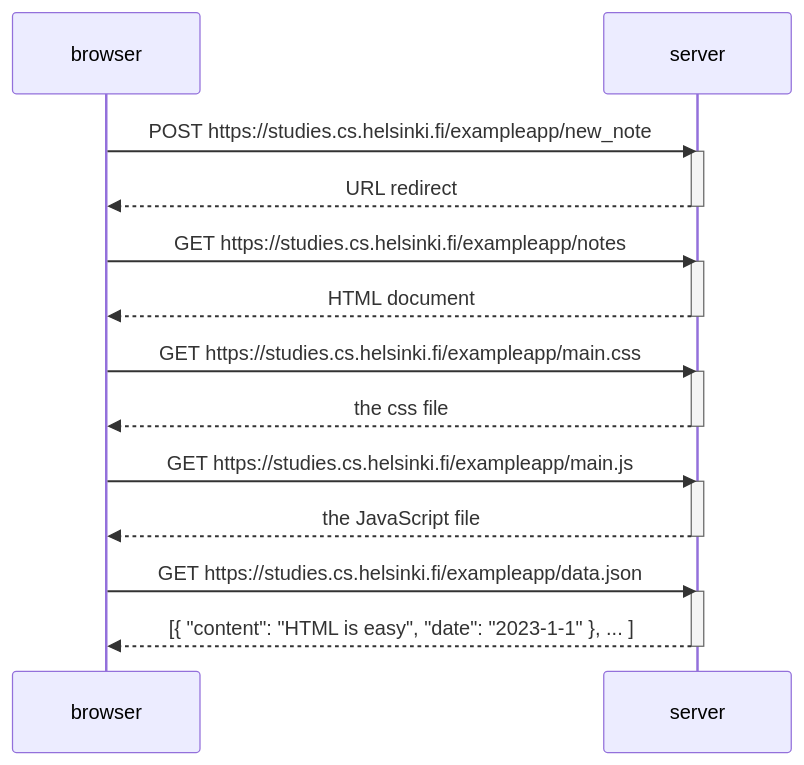
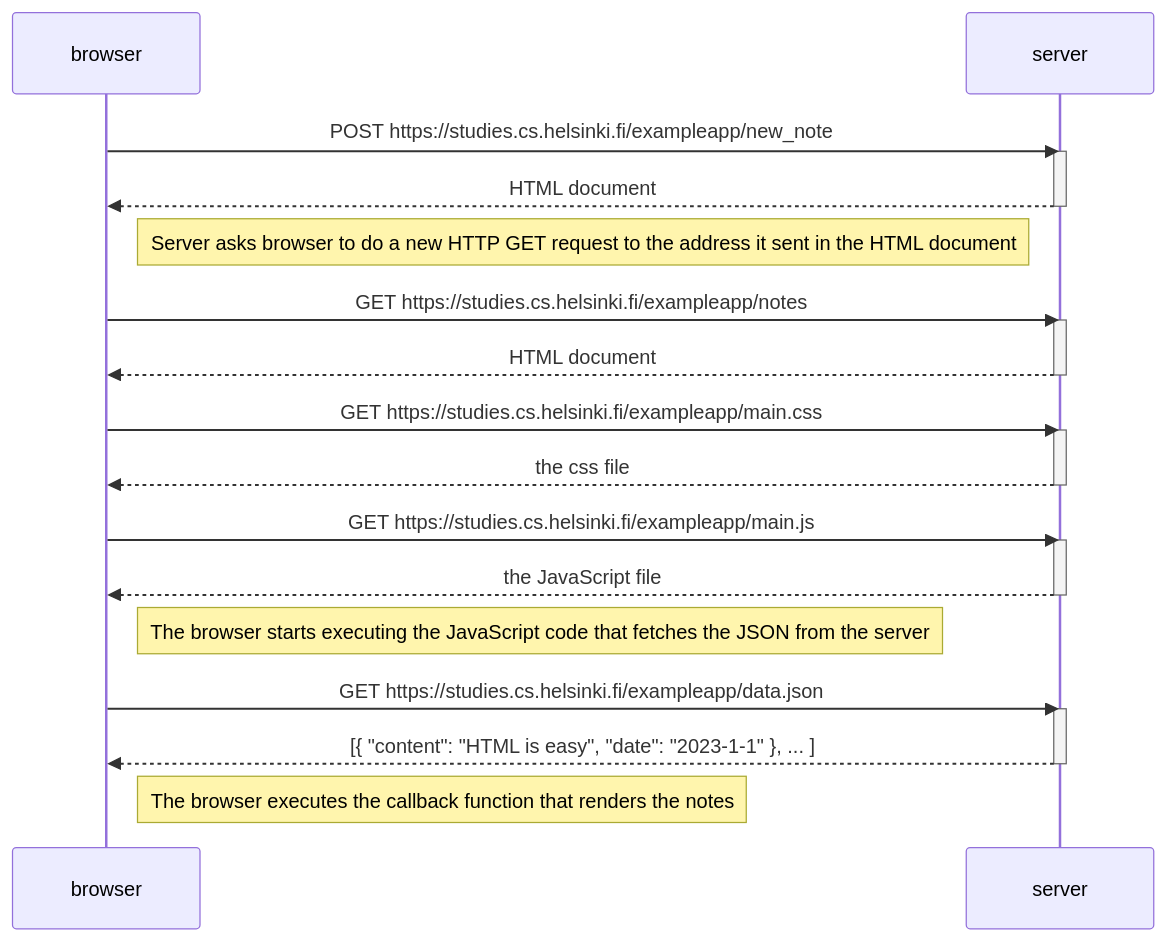
One commit to Jason8924/fullstackopen changed the diagram in part0/0.4: New note diagram.md. Above: the diagram before and after it, drawn with Mermaid.

Commit message:
Added notes

````diff
--- a/part0/0.4: New note diagram.md
+++ b/part0/0.4: New note diagram.md
@@ -1,30 +1,36 @@
 ```mermaid
 sequenceDiagram
     participant browser
     participant server
 
     browser->>server: POST https://studies.cs.helsinki.fi/exampleapp/new_note
     activate server
-    server-->>browser: URL redirect
+    server-->>browser: HTML document 
     deactivate server
+    
+    Note right of browser: Server asks browser to do a new HTTP GET request to the address it sent in the HTML document
     
     browser->>server: GET https://studies.cs.helsinki.fi/exampleapp/notes
     activate server
     server-->>browser: HTML document
     deactivate server
 
     browser->>server: GET https://studies.cs.helsinki.fi/exampleapp/main.css
     activate server
     server-->>browser: the css file
     deactivate server
 
     browser->>server: GET https://studies.cs.helsinki.fi/exampleapp/main.js
     activate server
     server-->>browser: the JavaScript file
     deactivate server
+    
+    Note right of browser: The browser starts executing the JavaScript code that fetches the JSON from the server
 
     browser->>server: GET https://studies.cs.helsinki.fi/exampleapp/data.json
     activate server
     server-->>browser: [{ "content": "HTML is easy", "date": "2023-1-1" }, ... ]
     deactivate server
+    
+    Note right of browser: The browser executes the callback function that renders the notes
 ```
````
